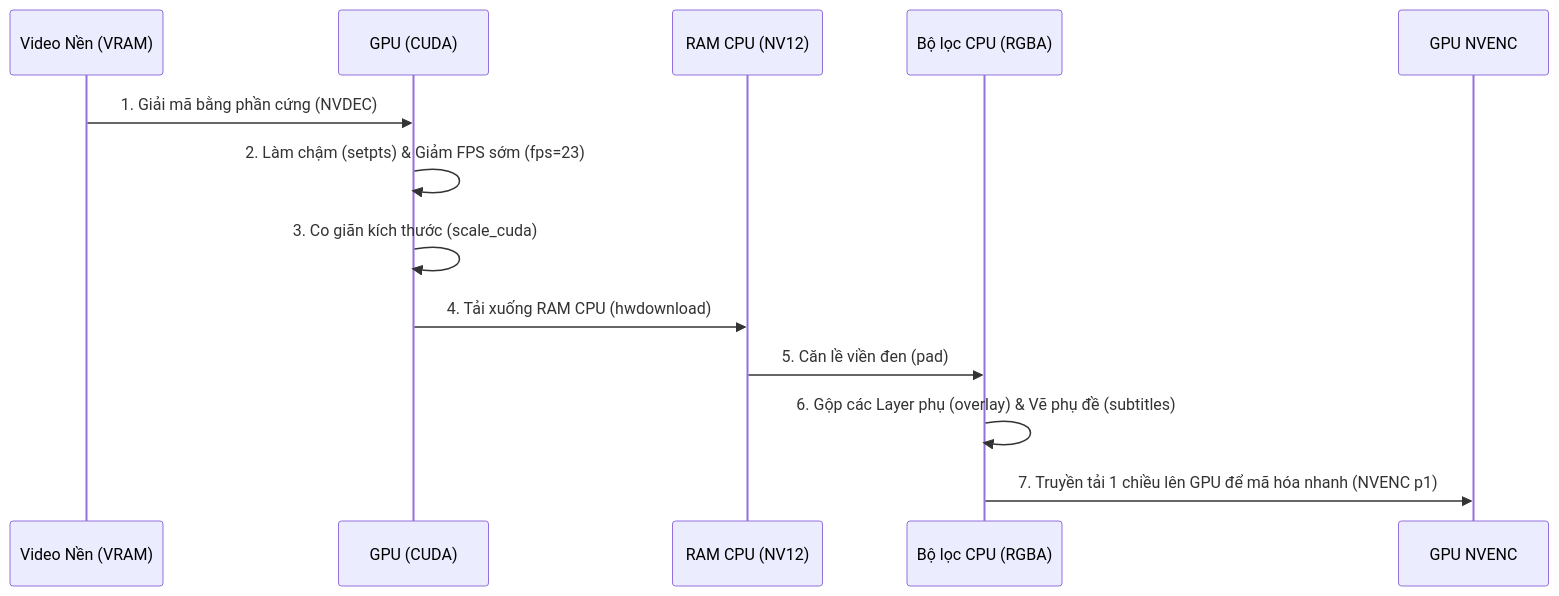
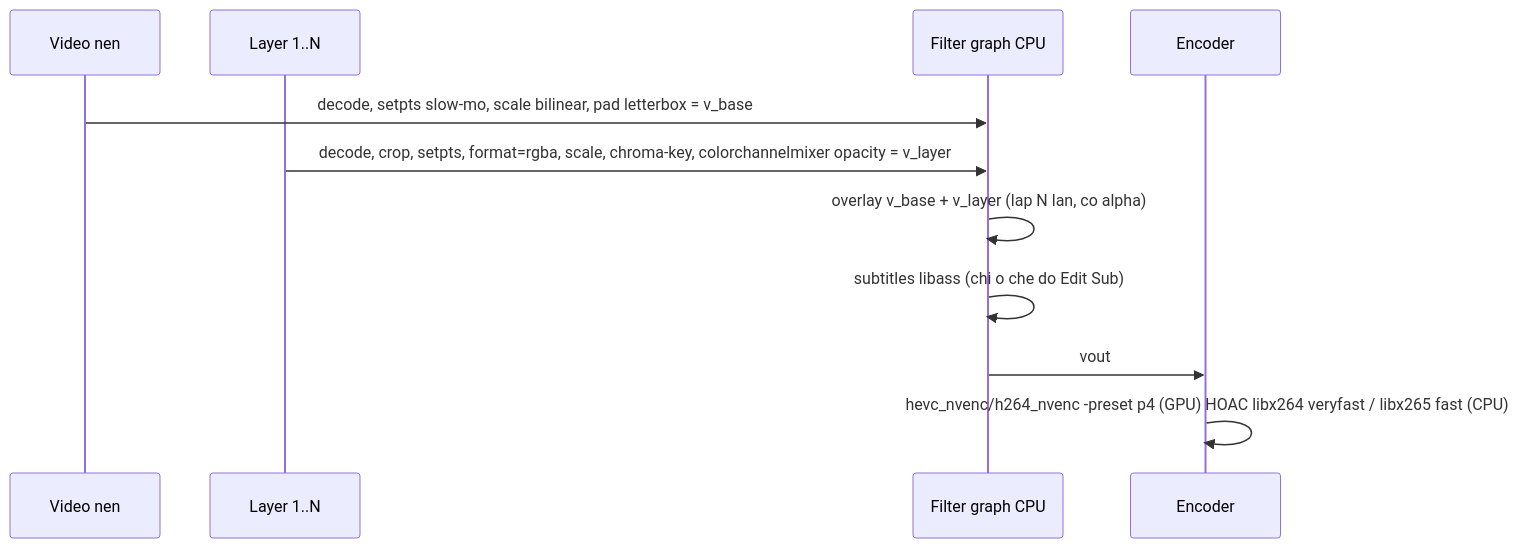
One commit to nthungg1191/EncoMie changed the second of 2 diagrams in architecture_guide.md. Above: the diagram before and after it, drawn with Mermaid. The commit also changed other lines of this file and 8 other files, not shown here.

````diff
--- a/architecture_guide.md
+++ b/architecture_guide.md
@@ -41,16 +70,14 @@
 ```mermaid
 sequenceDiagram
-    participant BG as Video Nền (VRAM)
-    participant GPU as GPU (CUDA)
-    participant RAM as RAM CPU (NV12)
-    participant CPU as Bộ lọc CPU (RGBA)
-    participant Encoder as GPU NVENC
+    participant Bg as Video nen
+    participant L as Layer 1..N
+    participant CPU as Filter graph CPU
+    participant Enc as Encoder
 
-    BG->>GPU: 1. Giải mã bằng phần cứng (NVDEC)
-    GPU->>GPU: 2. Làm chậm (setpts) & Giảm FPS sớm (fps=23)
-    GPU->>GPU: 3. Co giãn kích thước (scale_cuda)
-    GPU->>RAM: 4. Tải xuống RAM CPU (hwdownload)
-    RAM->>CPU: 5. Căn lề viền đen (pad)
-    CPU->>CPU: 6. Gộp các Layer phụ (overlay) & Vẽ phụ đề (subtitles)
-    CPU->>Encoder: 7. Truyền tải 1 chiều lên GPU để mã hóa nhanh (NVENC p1)
+    Bg->>CPU: decode, setpts slow-mo, scale bilinear, pad letterbox = v_base
+    L->>CPU: decode, crop, setpts, format=rgba, scale, chroma-key, colorchannelmixer opacity = v_layer
+    CPU->>CPU: overlay v_base + v_layer (lap N lan, co alpha)
+    CPU->>CPU: subtitles libass (chi o che do Edit Sub)
+    CPU->>Enc: vout
+    Enc->>Enc: hevc_nvenc/h264_nvenc -preset p4 (GPU) HOAC libx264 veryfast / libx265 fast (CPU)
 ```
````
